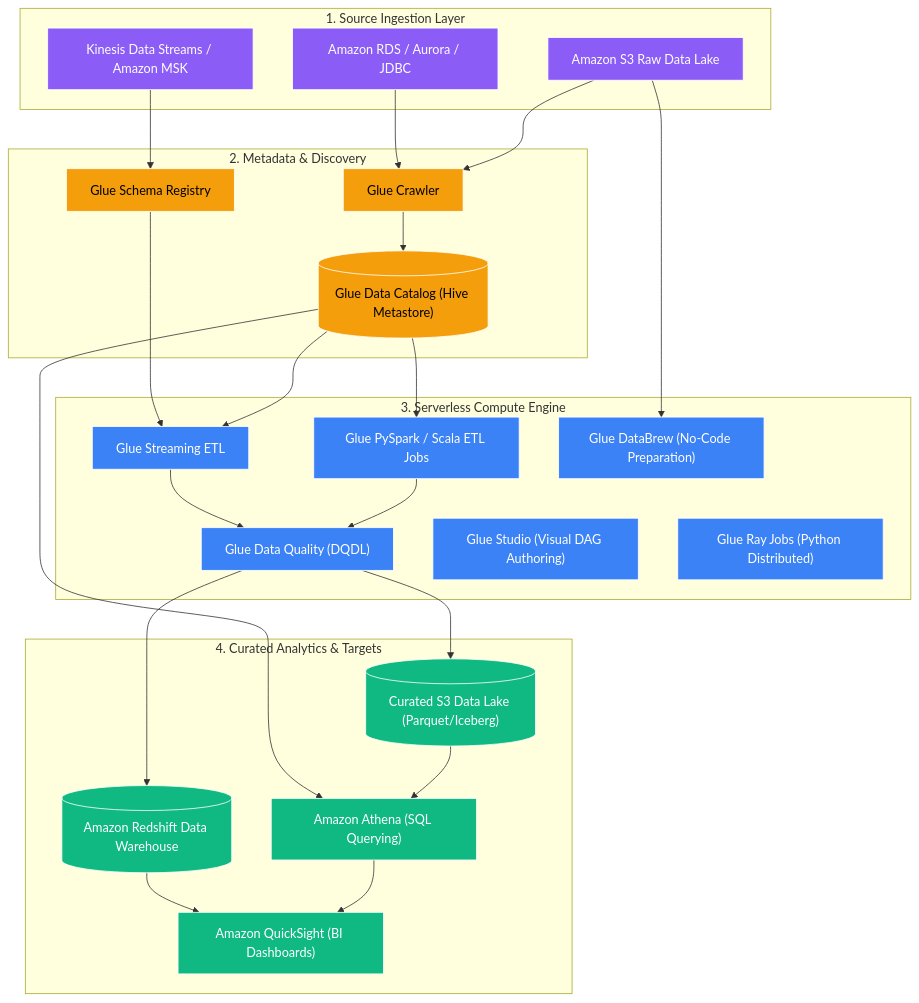
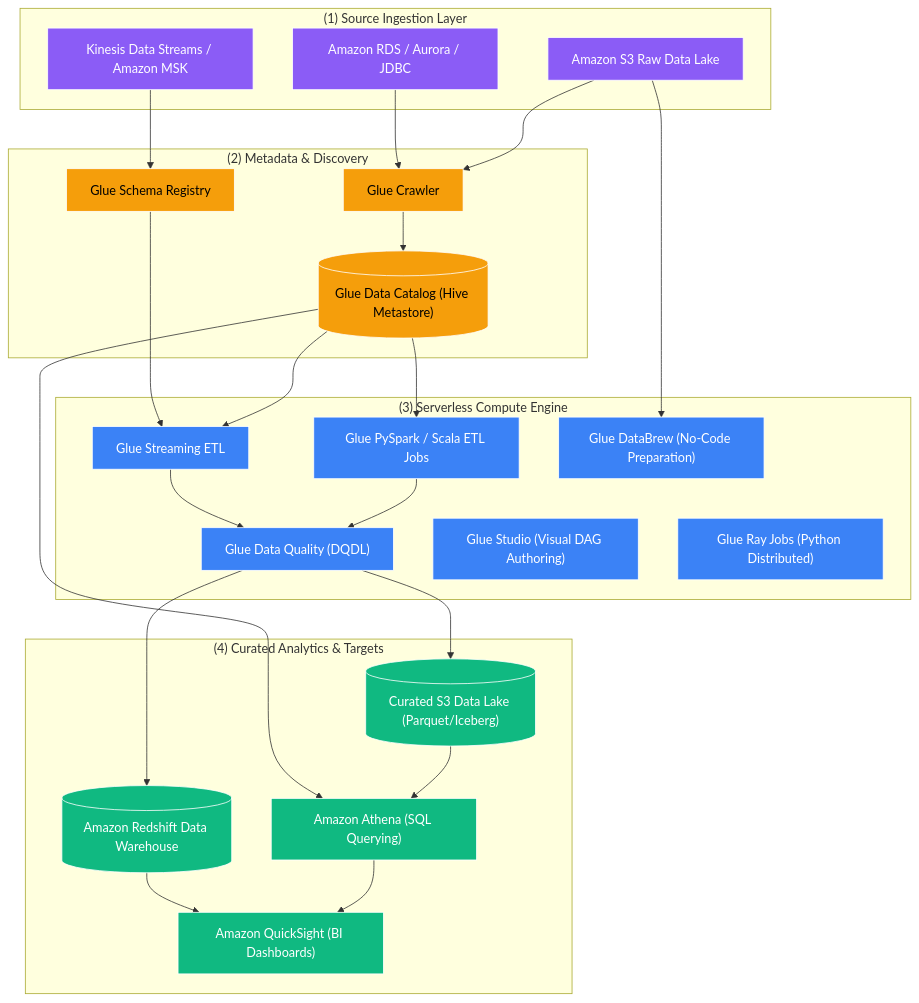
Before and after one commit to Wathon/aws-dea-c01-note: the first of 2 diagrams in content/en/02-services/analytics-streaming/glue/glue.md, drawn with Mermaid. The commit also changed 49 other files, not shown here.

Commit message:
Fix 'Unsupported markdown: list' Mermaid rendering issues across all English and Burmese notes

````diff
--- a/content/en/02-services/analytics-streaming/glue/glue.md
+++ b/content/en/02-services/analytics-streaming/glue/glue.md
@@ -28,61 +28,61 @@
 ```mermaid
 graph TD
-    subgraph DataSources["1. Source Ingestion Layer"]
+    subgraph DataSources["(1) Source Ingestion Layer"]
         S3Raw["Amazon S3 Raw Data Lake"]
         RDS["Amazon RDS / Aurora / JDBC"]
         KinesisMSK["Kinesis Data Streams / Amazon MSK"]
     end
 
-    subgraph MetadataLayer["2. Metadata & Discovery"]
+    subgraph MetadataLayer["(2) Metadata & Discovery"]
         Crawler["Glue Crawler"]
         Catalog[("Glue Data Catalog (Hive Metastore)")]
         SchemaReg["Glue Schema Registry"]
     end
 
-    subgraph ProcessingLayer["3. Serverless Compute Engine"]
+    subgraph ProcessingLayer["(3) Serverless Compute Engine"]
         SparkETL["Glue PySpark / Scala ETL Jobs"]
         StreamingETL["Glue Streaming ETL"]
         DataQuality["Glue Data Quality (DQDL)"]
         DataBrew["Glue DataBrew (No-Code Preparation)"]
         Studio["Glue Studio (Visual DAG Authoring)"]
         RayJobs["Glue Ray Jobs (Python Distributed)"]
     end
 
-    subgraph StorageConsumption["4. Curated Analytics & Targets"]
+    subgraph StorageConsumption["(4) Curated Analytics & Targets"]
         S3Curated[("Curated S3 Data Lake (Parquet/Iceberg)")]
         Redshift[("Amazon Redshift Data Warehouse")]
         Athena["Amazon Athena (SQL Querying)"]
         QuickSight["Amazon QuickSight (BI Dashboards)"]
     end
 
     S3Raw --> Crawler
     RDS --> Crawler
     Crawler --> Catalog
     KinesisMSK --> SchemaReg
 
     Catalog --> SparkETL
     Catalog --> StreamingETL
     SchemaReg --> StreamingETL
     S3Raw --> DataBrew
     
     SparkETL --> DataQuality
     StreamingETL --> DataQuality
     
     DataQuality --> S3Curated
     DataQuality --> Redshift
     
     S3Curated --> Athena
     Catalog --> Athena
     Athena --> QuickSight
     Redshift --> QuickSight
 
     classDef source fill:#8b5cf6,stroke:#fff,stroke-width:1px,color:#fff;
     classDef metadata fill:#f59e0b,stroke:#fff,stroke-width:1px,color:#000;
     classDef compute fill:#3b82f6,stroke:#fff,stroke-width:1px,color:#fff;
     classDef target fill:#10b981,stroke:#fff,stroke-width:1px,color:#fff;
 
     class S3Raw,RDS,KinesisMSK source;
     class Crawler,Catalog,SchemaReg metadata;
     class SparkETL,StreamingETL,DataQuality,DataBrew,Studio,RayJobs compute;
     class S3Curated,Redshift,Athena,QuickSight target;
 ```
````
